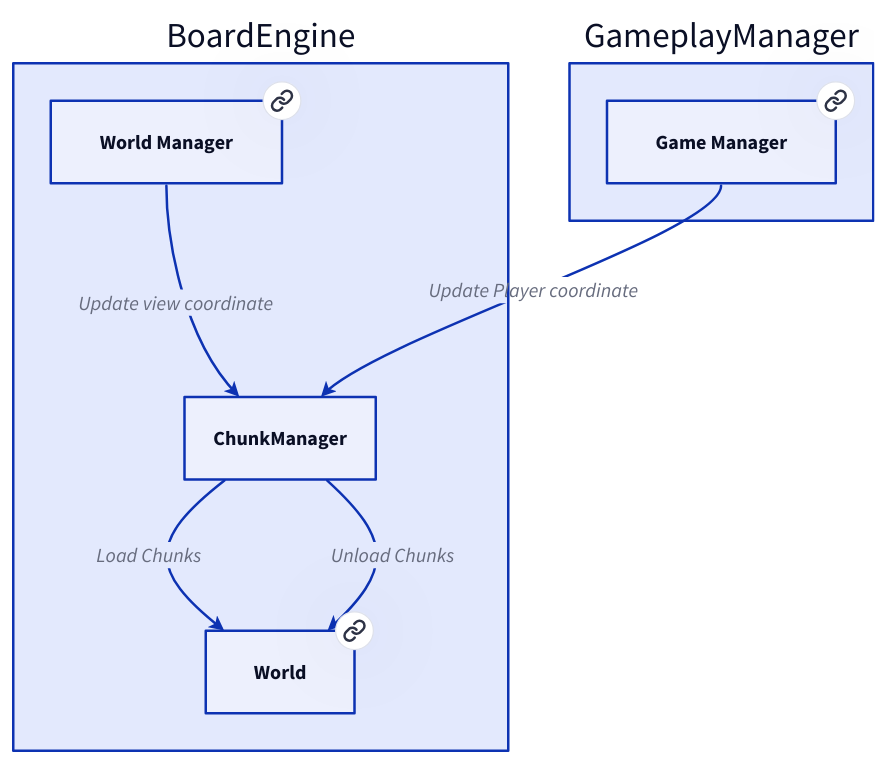
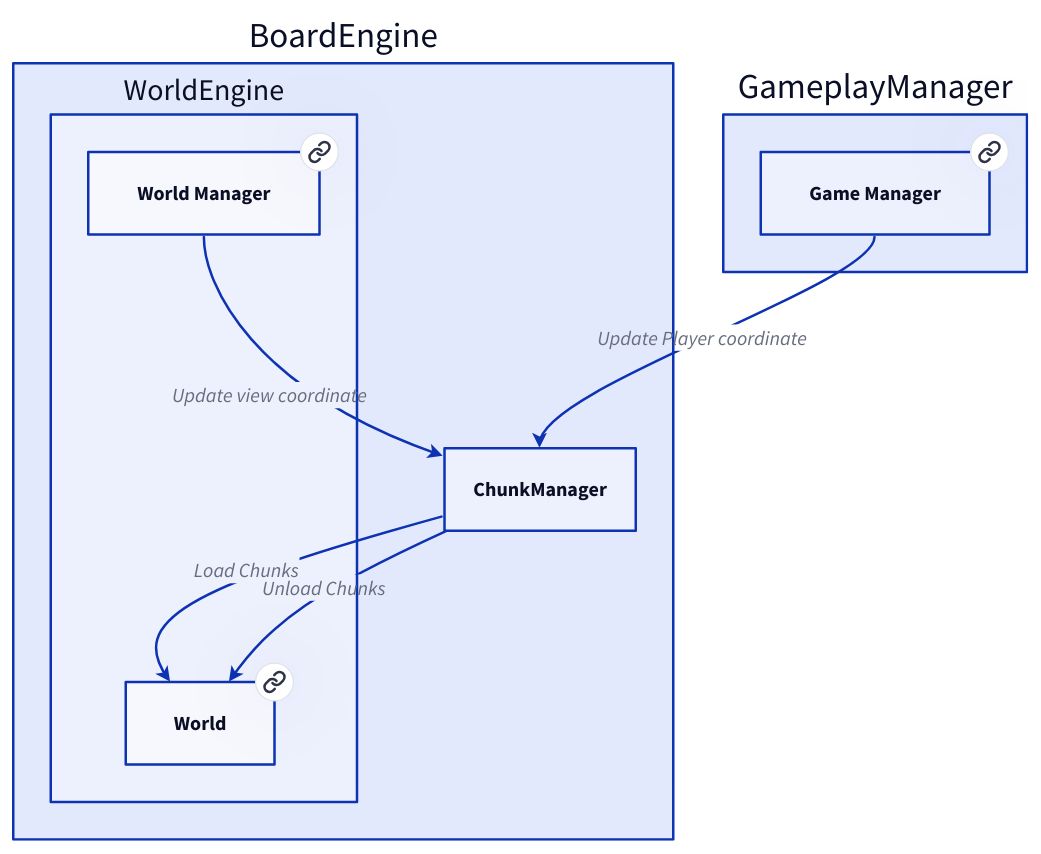
Before and after one commit to Portevent/Brume-Documentation: the diagram in doc/BoardEngine/ChunkManager.md, drawn with D2. The commit also changed 92 other files, not shown here.

````diff
--- a/doc/BoardEngine/ChunkManager.md
+++ b/doc/BoardEngine/ChunkManager.md
@@ -10,35 +10,37 @@
 ```d2
 # Nodes :
 BoardEngine: {
-    WorldManager: World Manager {
-       link: WorldManager
-    }
-    World: World {
-       link: World
+    WorldEngine: {
+        World: World {
+           link: World
+        }
+        WorldManager: World Manager {
+           link: WorldManager
+        }
     }
 }
 GameplayManager: {
     GameManager: Game Manager {
        link: GameManager
     }
 }
 
 # Links :
-BoardEngine.WorldManager -> BoardEngine.ChunkManager: Update view coordinate {
+BoardEngine.ChunkManager -> BoardEngine.WorldEngine.World: Load Chunks {
 source-arrowhead: {}
 target-arrowhead: {shape: arrow}
 }
-BoardEngine.ChunkManager -> BoardEngine.World: Load Chunks {
+BoardEngine.ChunkManager -> BoardEngine.WorldEngine.World: Unload Chunks {
 source-arrowhead: {}
 target-arrowhead: {shape: arrow}
 }
-BoardEngine.ChunkManager -> BoardEngine.World: Unload Chunks {
+BoardEngine.WorldEngine.WorldManager -> BoardEngine.ChunkManager: Update view coordinate {
 source-arrowhead: {}
 target-arrowhead: {shape: arrow}
 }
 GameplayManager.GameManager -> BoardEngine.ChunkManager: Update Player coordinate {
 source-arrowhead: {}
 target-arrowhead: {shape: arrow}
 }
 
 ```
````
